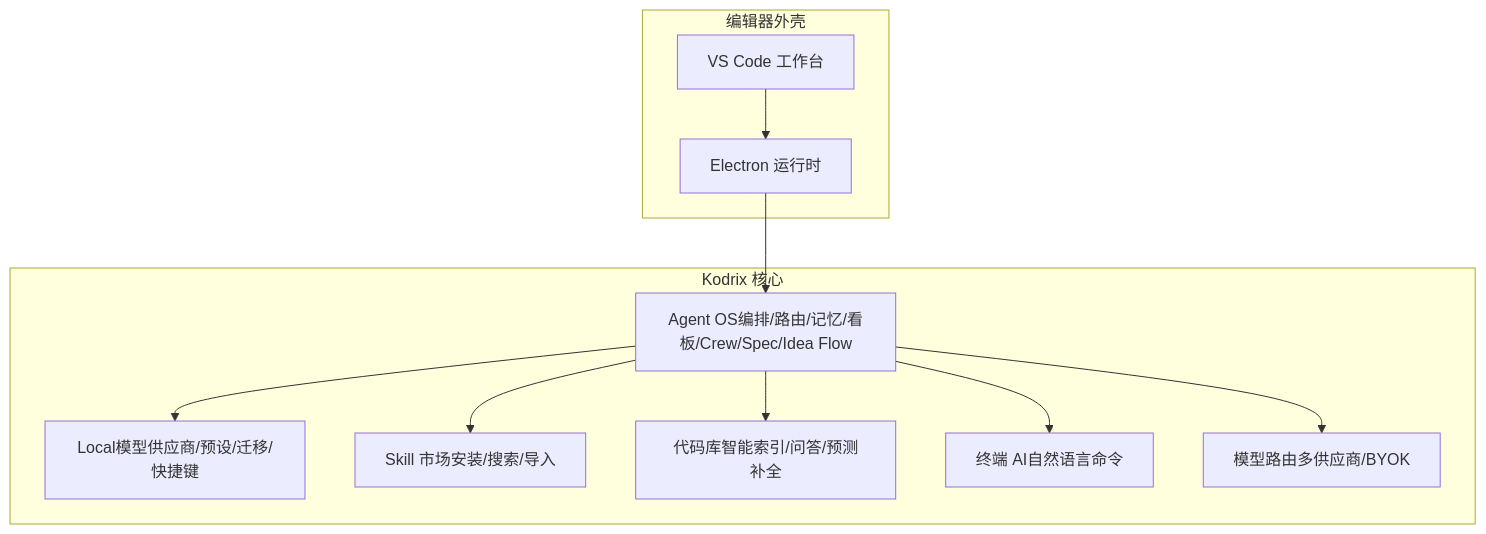
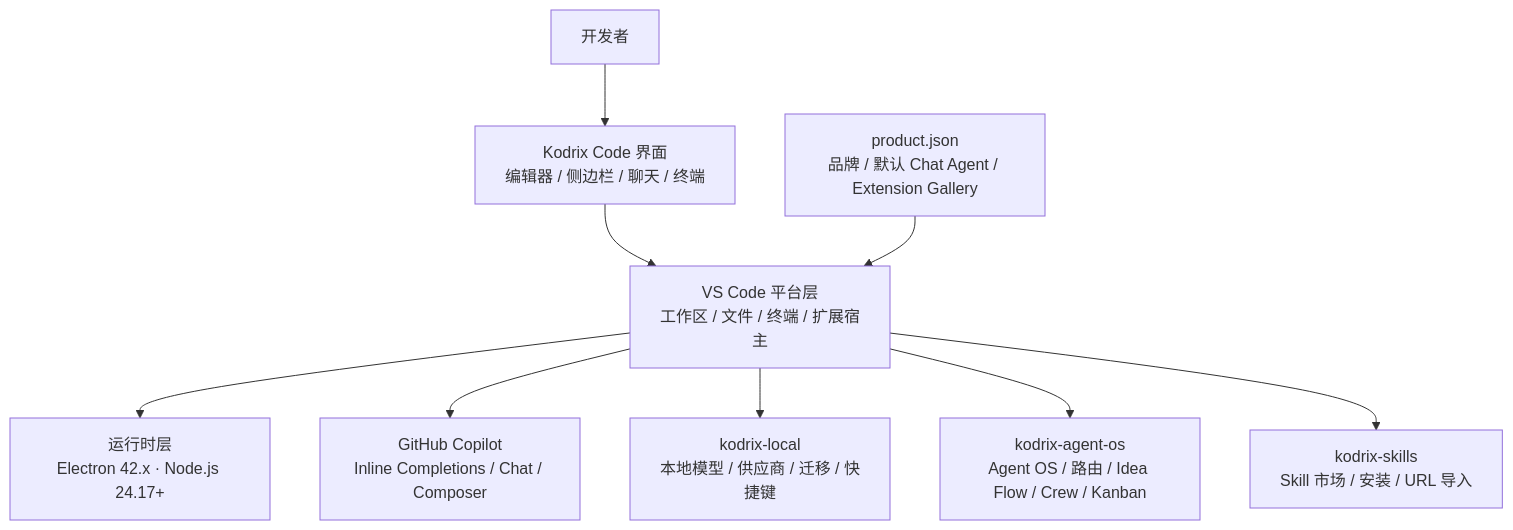
Before and after one commit to sofate798/KodrixCode: the second of 7 diagrams in .qoder/repowiki/zh/content/项目概述.md, drawn with Mermaid. The commit also changed other lines of this file and 178 other files, not shown here.

````diff
--- a/.qoder/repowiki/zh/content/项目概述.md
+++ b/.qoder/repowiki/zh/content/项目概述.md
@@ -105,22 +101,11 @@
 ```mermaid
 graph TB
-subgraph "编辑器外壳"
-UI["VS Code 工作台"]
-EB["Electron 运行时"]
-end
-subgraph "Kodrix 核心"
-AGOS["Agent OS编排/路由/记忆/看板/Crew/Spec/Idea Flow"]
-LOCAL["Local模型供应商/预设/迁移/快捷键"]
-SKILLS["Skill 市场安装/搜索/导入"]
-CODEBASE["代码库智能索引/问答/预测补全"]
-TERM["终端 AI自然语言命令"]
-ROUTER["模型路由多供应商/BYOK"]
-end
-UI --> EB
-EB --> AGOS
-AGOS --> LOCAL
-AGOS --> SKILLS
-AGOS --> CODEBASE
-AGOS --> TERM
-AGOS --> ROUTER
+User["开发者"] --> UI["Kodrix Code 界面<br/>编辑器 / 侧边栏 / 聊天 / 终端"]
+UI --> Platform["VS Code 平台层<br/>工作区 / 文件 / 终端 / 扩展宿主"]
+Platform --> Runtime["运行时层<br/>Electron 42.x · Node.js 24.17+"]
+Platform --> Copilot["GitHub Copilot<br/>Inline Completions / Chat / Composer"]
+Platform --> Local["kodrix-local<br/>本地模型 / 供应商 / 迁移 / 快捷键"]
+Platform --> AgentOS["kodrix-agent-os<br/>Agent OS / 路由 / Idea Flow / Crew / Kanban"]
+Platform --> Skills["kodrix-skills<br/>Skill 市场 / 安装 / URL 导入"]
+Product["product.json<br/>品牌 / 默认 Chat Agent / Extension Gallery"] --> Platform
 ```
````
